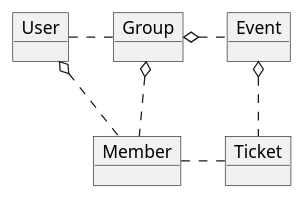
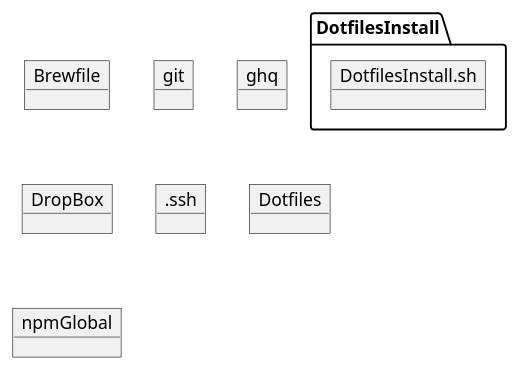
Before and after one commit to elzup/dotfiles: the diagram in dependency.pu, drawn with PlantUML.

Commit message:
Update pu

```diff
--- a/dependency.pu
+++ b/dependency.pu
@@ -1,18 +1,15 @@
 @startuml
 
-object User
-object Group
-object Member
+object Brewfile
 
-object Event
-object Ticket
+object git
+object ghq
 
-User . Group
-User o.. Member
-Group o.. Member
+object DropBox
+object .ssh
 
-Group o. Event
-Event o.. Ticket
-Member . Ticket
+object Dotfiles
+object DotfilesInstall.sh
+object npmGlobal
 
 @enduml
```
